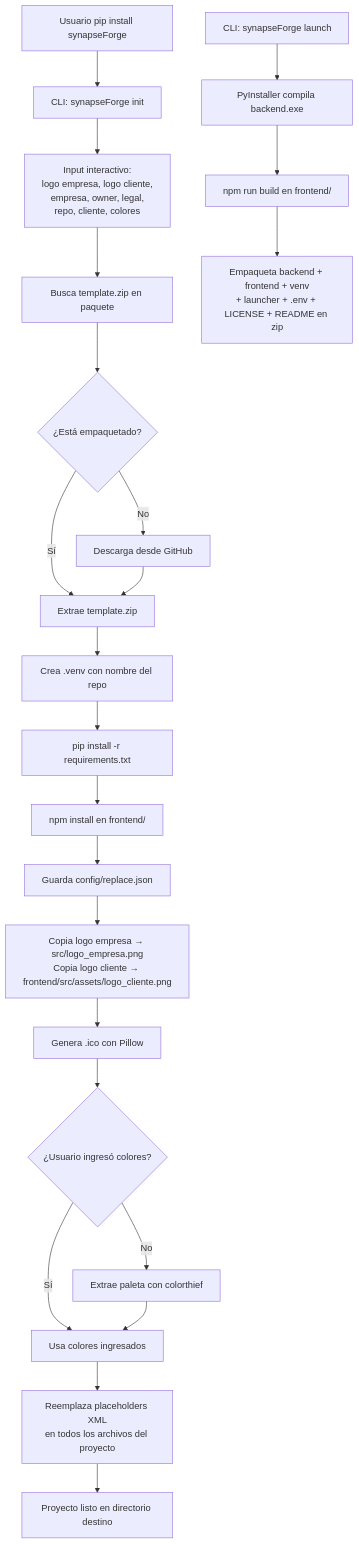
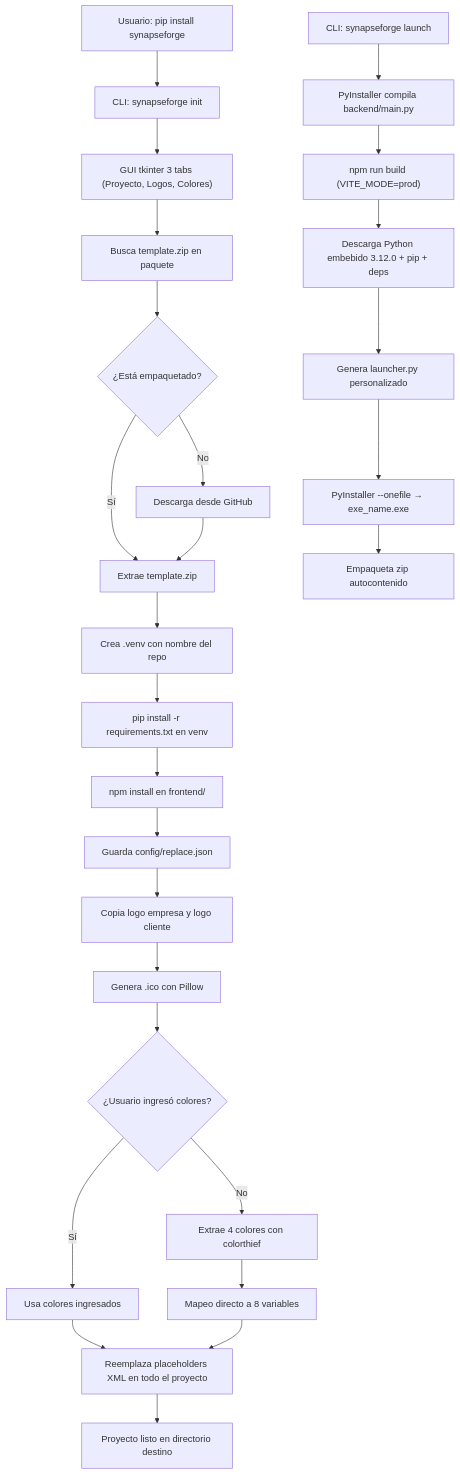
One commit to synapse-ai-hub/synapseForge changed the diagram in README.md. Above: the diagram before and after it, drawn with Mermaid. The commit also changed other lines of this file and 59 other files, not shown here.

````diff
--- a/README.md
+++ b/README.md
@@ -155,26 +234,30 @@
 ```mermaid
 flowchart TD
-    A[Usuario pip install synapseForge] --> B[CLI: synapseForge init]
-    B --> C[Input interactivo:\nlogo empresa, logo cliente,\nempresa, owner, legal,\nrepo, cliente, colores]
-    C --> D[Busca template.zip en paquete]
-    D --> E{¿Está empaquetado?}
-    E -->|Sí| F[Extrae template.zip]
-    E -->|No| G[Descarga desde GitHub]
+    A["Usuario: pip install synapseforge"] --> B["CLI: synapseforge init"]
+    B --> C["GUI tkinter 3 tabs (Proyecto, Logos, Colores)"]
+    C --> D["Busca template.zip en paquete"]
+    D --> E{"¿Está empaquetado?"}
+    E -->|"Sí"| F["Extrae template.zip"]
+    E -->|"No"| G["Descarga desde GitHub"]
     G --> F
-    F --> H[Crea .venv con nombre del repo]
-    H --> I[pip install -r requirements.txt]
-    I --> J[npm install en frontend/]
-    J --> K[Guarda config/replace.json]
-    K --> L[Copia logo empresa → src/logo_empresa.png\nCopia logo cliente → frontend/src/assets/logo_cliente.png]
-    L --> M[Genera .ico con Pillow]
-    M --> N{¿Usuario ingresó colores?}
-    N -->|Sí| O[Usa colores ingresados]
-    N -->|No| P[Extrae paleta con colorthief]
-    P --> O
-    O --> Q[Reemplaza placeholders XML\nen todos los archivos del proyecto]
-    Q --> R[Proyecto listo en directorio destino]
+    F --> H["Crea .venv con nombre del repo"]
+    H --> I["pip install -r requirements.txt en venv"]
+    I --> J["npm install en frontend/"]
+    J --> K["Guarda config/replace.json"]
+    K --> L["Copia logo empresa y logo cliente"]
+    L --> M["Genera .ico con Pillow"]
+    M --> N{"¿Usuario ingresó colores?"}
+    N -->|"Sí"| O["Usa colores ingresados"]
+    N -->|"No"| P["Extrae 4 colores con colorthief"]
+    P --> Q["Mapeo directo a 8 variables"]
+    O --> R["Reemplaza placeholders XML en todo el proyecto"]
+    Q --> R
+    R --> S["Proyecto listo en directorio destino"]
 
-    S[CLI: synapseForge launch] --> T[PyInstaller compila backend.exe]
-    T --> U[npm run build en frontend/]
-    U --> V[Empaqueta backend + frontend + venv\n+ launcher + .env + LICENSE + README en zip]
+    T["CLI: synapseforge launch"] --> U["PyInstaller compila backend/main.py"]
+    U --> V["npm run build (VITE_MODE=prod)"]
+    V --> W["Descarga Python embebido 3.12.0 + pip + deps"]
+    W --> X["Genera launcher.py personalizado"]
+    X --> Y["PyInstaller --onefile → exe_name.exe"]
+    Y --> Z["Empaqueta zip autocontenido"]
 ```
````
